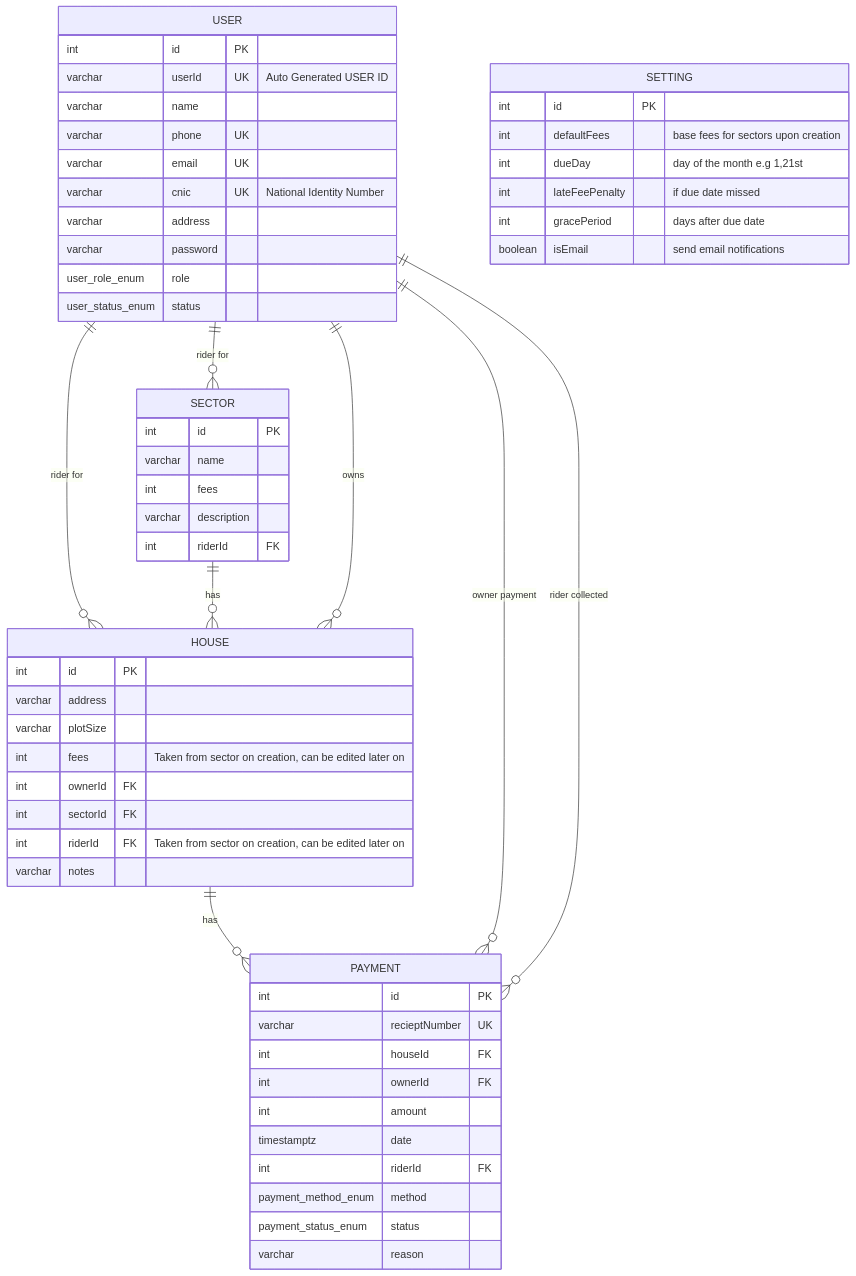
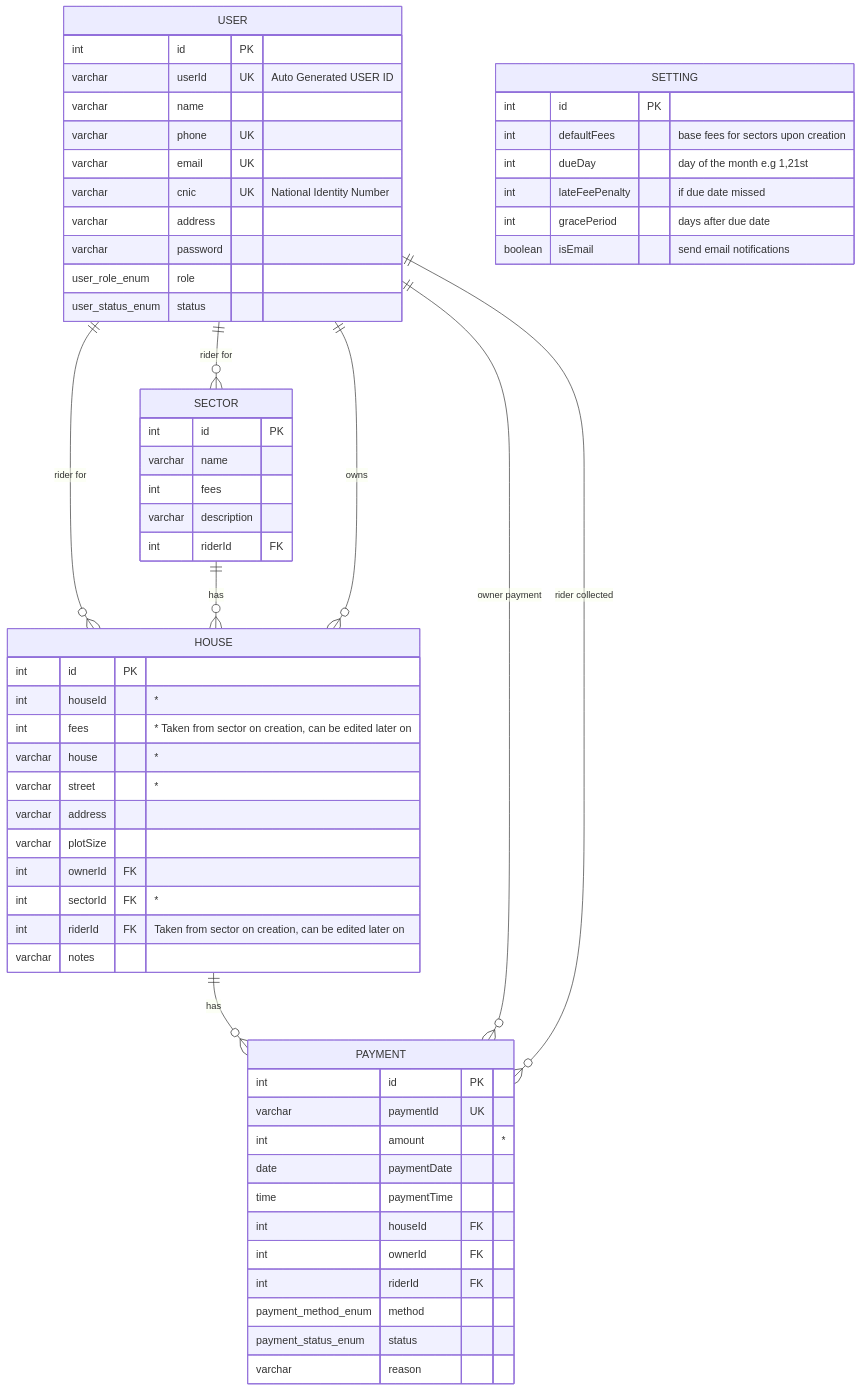
One commit to tauheedbuttt/fullstack-open-project changed the second of 2 diagrams in docs/ERD.md. Above: the diagram before and after it, drawn with Mermaid. The commit also changed other lines of this file and 21 other files, not shown here.

First line of the commit message:
feat: add house, sector, and payment entities with relationships

````diff
--- a/docs/ERD.md
+++ b/docs/ERD.md
@@ -28,65 +29,69 @@
 ```mermaid
 erDiagram
     USER {
         int id PK
         varchar userId UK "Auto Generated USER ID"
         varchar name
         varchar phone UK
         varchar email UK
         varchar cnic UK "National Identity Number"
         varchar address
         varchar password
         user_role_enum role
         user_status_enum status
     }
 
     HOUSE {
         int id PK
+        int houseId "*"
+        int fees "* Taken from sector on creation, can be edited later on"
+        varchar house "*"
+        varchar street "*"
         varchar address
         varchar plotSize
-        int fees "Taken from sector on creation, can be edited later on"
         int ownerId FK
-        int sectorId FK
+        int sectorId FK "*"
         int riderId FK "Taken from sector on creation, can be edited later on"
         varchar notes
     }
 
     SECTOR {
         int id PK
         varchar name
         int fees
         varchar description
         int riderId FK
     }
 
     PAYMENT {
         int id PK
-        varchar recieptNumber UK
+        varchar paymentId UK
+        int amount "*"
+        date paymentDate
+        time paymentTime
         int houseId FK
         int ownerId FK
-        int amount
-        timestamptz date
         int riderId FK
         payment_method_enum method
         payment_status_enum status
         varchar reason
     }
 
     SETTING {
         int id PK
         int defaultFees "base fees for sectors upon creation"
         int dueDay "day of the month e.g 1,21st"
         int lateFeePenalty "if due date missed"
         int gracePeriod "days after due date"
         boolean isEmail "send email notifications"
     }
 
     USER ||--o{ SECTOR: "rider for"
     USER ||--o{ HOUSE: "rider for"
     SECTOR ||--o{ HOUSE : has
 
     USER ||--o{ HOUSE: owns
     HOUSE ||--o{ PAYMENT: has
     USER ||--o{ PAYMENT: "owner payment"
     USER ||--o{ PAYMENT: "rider collected"
 ```
````
